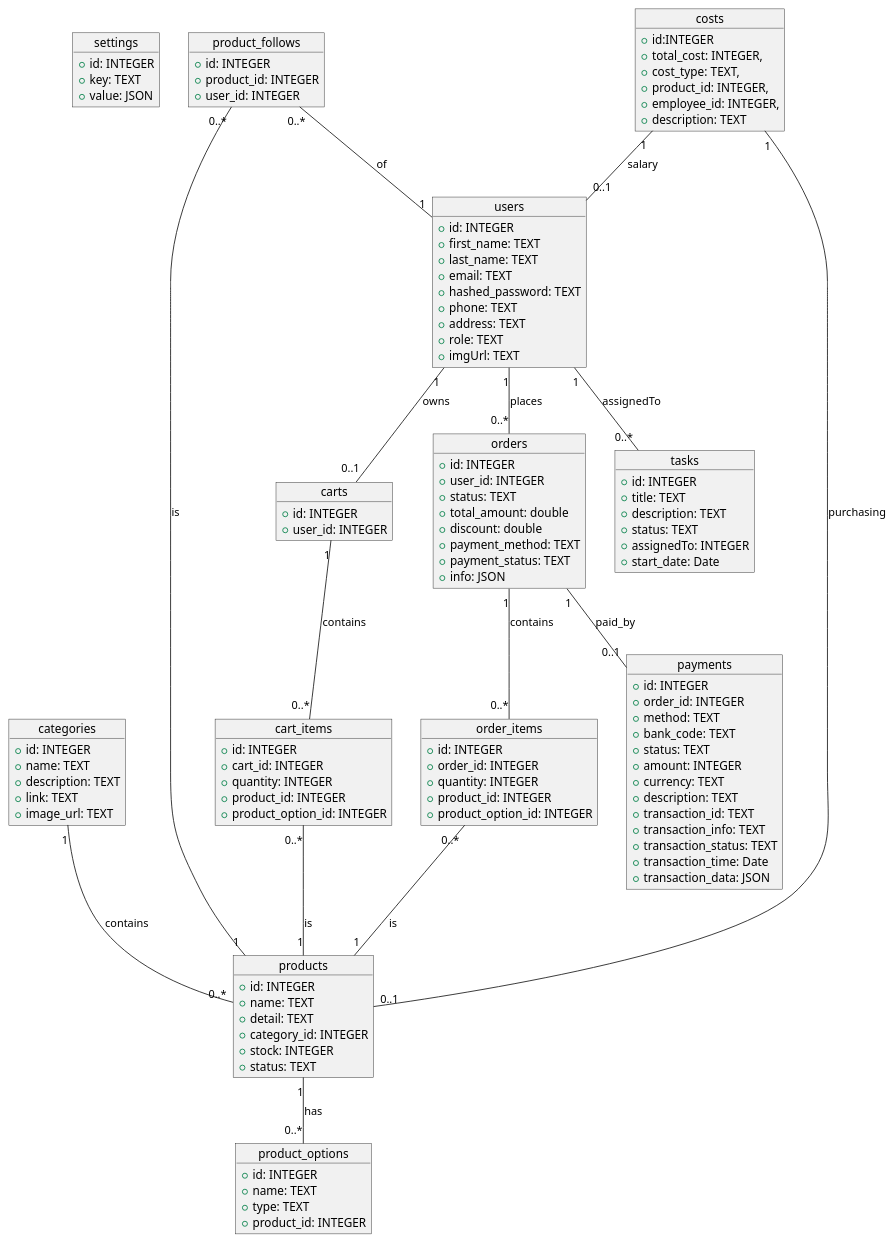
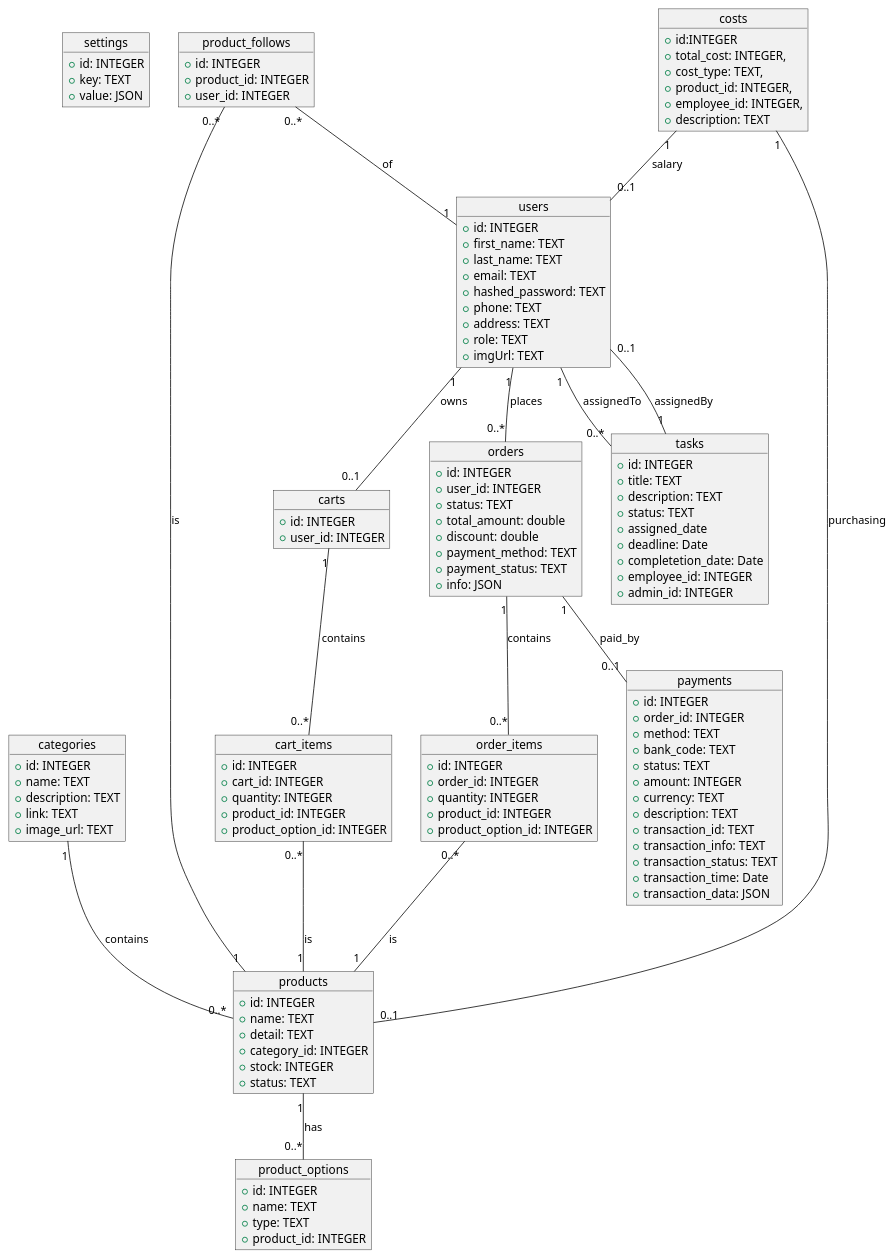
One commit to vkq2808/car-accessories-eccomerce changed the diagram in puml/erd.puml. Above: the diagram before and after it, drawn with PlantUML. The commit also changed 16 other files, not shown here.

```diff
--- a/puml/erd.puml
+++ b/puml/erd.puml
@@ -1,132 +1,136 @@
 @startuml class_diagram
 
 object settings {
   +id: INTEGER
   +key: TEXT
   +value: JSON
 }
 
 object categories {
   +id: INTEGER
   +name: TEXT
   +description: TEXT
   +link: TEXT
   +image_url: TEXT
 }
 
 object products {
   +id: INTEGER
   +name: TEXT
   +detail: TEXT
   +category_id: INTEGER
   +stock: INTEGER
   +status: TEXT
 }
 
 object product_options {
   +id: INTEGER
   +name: TEXT
   +type: TEXT
   +product_id: INTEGER
 }
 
 object carts {
   +id: INTEGER
   +user_id: INTEGER
 }
 
 object cart_items {
   +id: INTEGER
   +cart_id: INTEGER
   +quantity: INTEGER
   +product_id: INTEGER
   +product_option_id: INTEGER
 }
 
 object product_follows {
   +id: INTEGER
   +product_id: INTEGER
   +user_id: INTEGER
 }
 
 object users {
   +id: INTEGER
   +first_name: TEXT
   +last_name: TEXT
   +email: TEXT
   +hashed_password: TEXT
   +phone: TEXT
   +address: TEXT
   +role: TEXT
   +imgUrl: TEXT
 }
 
 object costs {
   +id:INTEGER
   +total_cost: INTEGER,
   +cost_type: TEXT,
   +product_id: INTEGER,
   +employee_id: INTEGER,
   +description: TEXT
 }
 
 object orders {
   +id: INTEGER
   +user_id: INTEGER
   +status: TEXT
   +total_amount: double
   +discount: double
   +payment_method: TEXT
   +payment_status: TEXT
   +info: JSON
 }
 
 object order_items {
   +id: INTEGER
   +order_id: INTEGER
   +quantity: INTEGER
   +product_id: INTEGER
   +product_option_id: INTEGER
 }
 
 object payments {
   +id: INTEGER
   +order_id: INTEGER
   +method: TEXT
   +bank_code: TEXT
   +status: TEXT
   +amount: INTEGER
   +currency: TEXT
   +description: TEXT
   +transaction_id: TEXT
   +transaction_info: TEXT
   +transaction_status: TEXT
   +transaction_time: Date
   +transaction_data: JSON
 }
 
 object tasks{
   +id: INTEGER
   +title: TEXT
   +description: TEXT
   +status: TEXT
-  +assignedTo: INTEGER
-  +start_date: Date
+  +assigned_date
+  +deadline: Date
+  +completetion_date: Date
+  +employee_id: INTEGER
+  +admin_id: INTEGER
 }
 
 ' Các mối quan hệ
 categories "1" -- "0..*" products : contains
 carts "1" -- "0..*" cart_items : contains
 users "1" -- "0..*" orders : places
 users "1" -- "0..1" carts : owns
 orders "1" -- "0..*" order_items : contains
 orders "1" -- "0..1" payments : paid_by
 products "1" -- "0..*" product_options : has
 cart_items "0..*" -- "1" products : is
 order_items "0..*" -- "1" products : is
 costs "1" -- "0..1" products : purchasing
 costs "1" -- "0..1" users : salary
 product_follows "0..*" -- "1" products : is
 product_follows "0..*" -- "1" users : of
 users "1" -- "0..*" tasks : assignedTo
+tasks "1" -- "0..1" users : assignedBy
 @enduml
```
